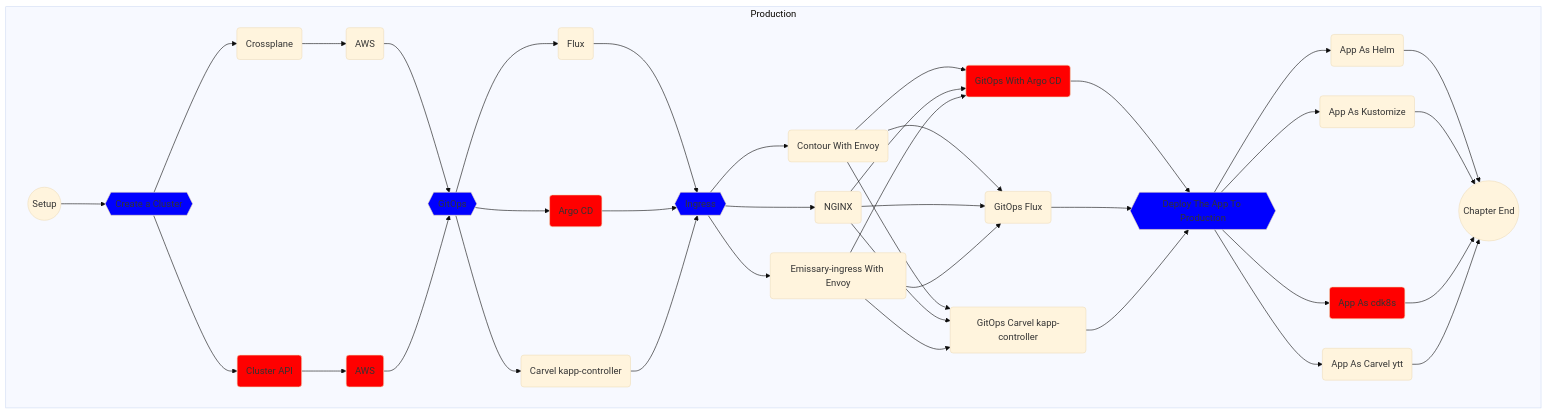
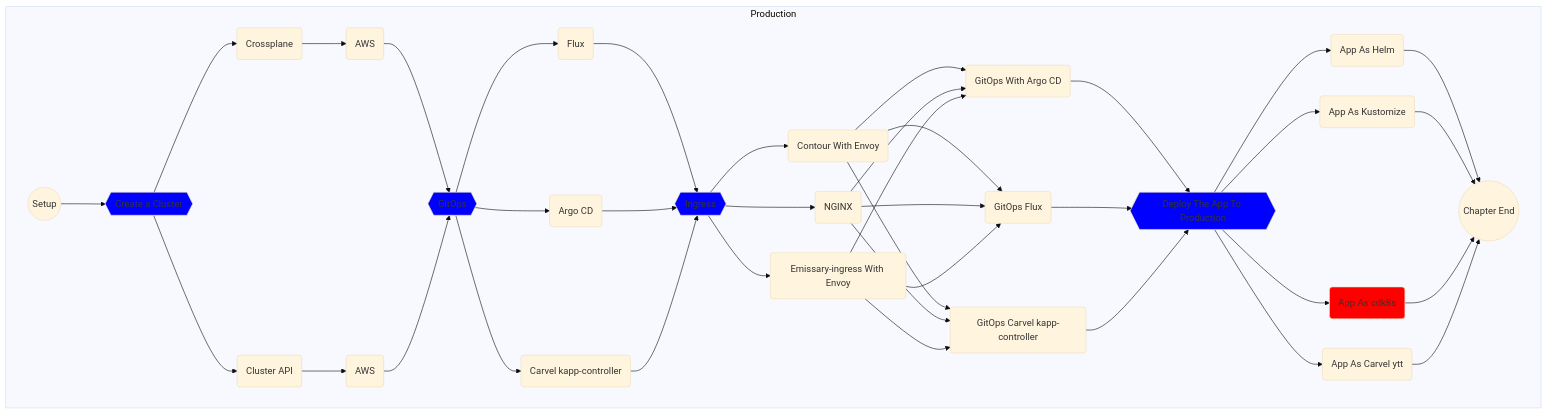
Before and after one commit to vfarcic/cncf-demo: the diagram in manuscript/setup/kubecon.md, drawn with Mermaid (base theme). The commit also changed other lines of this file and 21 other files, not shown here.

```diff
--- a/manuscript/setup/kubecon.md
+++ b/manuscript/setup/kubecon.md
@@ -96,10 +157,8 @@
         click cluster-crossplane-aws "https://github.com/vfarcic/cncf-demo/blob/main/manuscript/cluster/cluster-crossplane-aws.md"
         cluster-cluster-api(Cluster API)
         click cluster-cluster-api "https://github.com/vfarcic/cncf-demo/blob/main/manuscript/cluster/cluster-api.md"
-        style cluster-cluster-api fill:red
         capi-aws(AWS)
         click capi-aws "https://github.com/vfarcic/cncf-demo/blob/main/manuscript/cluster/capi-aws.md"
-        style capi-aws fill:red
         cluster --> cluster-crossplane --> cluster-crossplane-aws --> gitops
         cluster --> cluster-cluster-api --> capi-aws --> gitops
 
@@ -113,7 +172,6 @@
         click gitops-flux "https://github.com/vfarcic/cncf-demo/blob/main/manuscript/gitops/flux.md"
         gitops-argocd(Argo CD)
         click gitops-argocd "https://github.com/vfarcic/cncf-demo/blob/main/manuscript/gitops/argocd.md"
-        style gitops-argocd fill:red
         gitops-kapp(Carvel kapp-controller)
         click gitops-kapp "https://github.com/vfarcic/cncf-demo/blob/main/manuscript/gitops/kapp.md"
         gitops --> gitops-flux & gitops-argocd & gitops-kapp --> ingress
@@ -132,7 +190,6 @@
         click ingress-nginx "https://github.com/vfarcic/cncf-demo/blob/main/manuscript/ingress/emissary-ingress.md"
         ingress-argocd(GitOps With Argo CD)
         click ingress-argocd "https://github.com/vfarcic/cncf-demo/blob/main/manuscript/ingress/gitops-argocd.md"
-        style ingress-argocd fill:red
         ingress-flux(GitOps Flux)
         click ingress-flux "https://github.com/vfarcic/cncf-demo/blob/main/manuscript/ingress/gitops-flux.md"
         ingress-kapp(GitOps Carvel kapp-controller)
```
